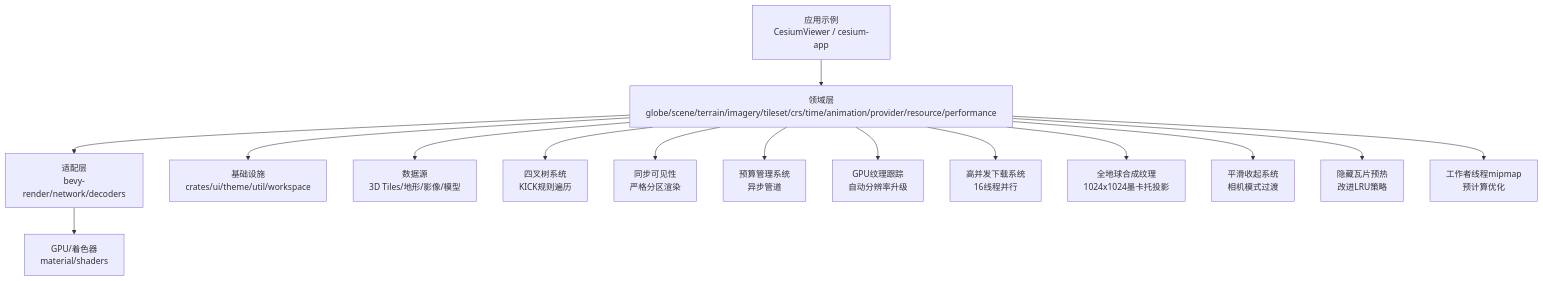
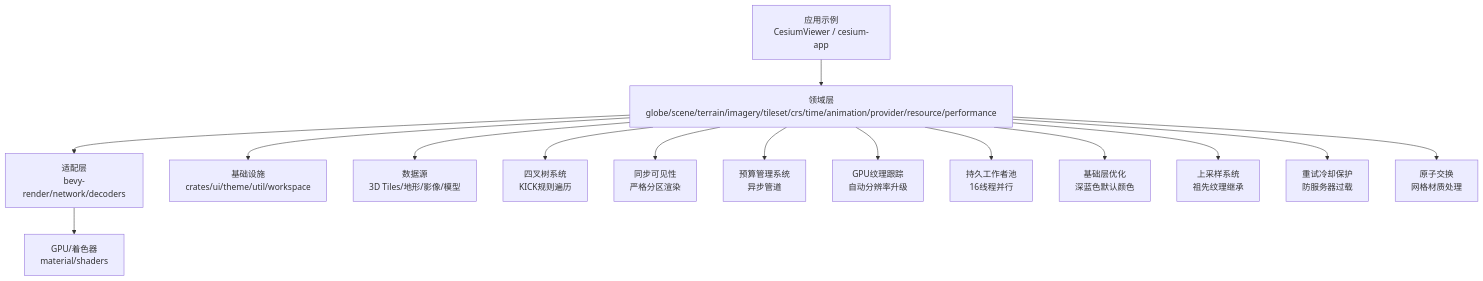
One commit to rzhangjing/cesium changed the second of 22 diagrams in .qoder/repowiki/zh/content/核心概念/渲染管线与场景图/动态地球渲染系统.md. Above: the diagram before and after it, drawn with Mermaid. The commit also changed other lines of this file and 3 other files, not shown here.

````diff
--- a/.qoder/repowiki/zh/content/核心概念/渲染管线与场景图/动态地球渲染系统.md
+++ b/.qoder/repowiki/zh/content/核心概念/渲染管线与场景图/动态地球渲染系统.md
@@ -156,32 +159,32 @@
 ```mermaid
 graph TB
 App["应用示例<br/>CesiumViewer / cesium-app"]
 Domain["领域层<br/>globe/scene/terrain/imagery/tileset/crs/time/animation/provider/resource/performance"]
 Adapter["适配层<br/>bevy-render/network/decoders"]
 Infra["基础设施<br/>crates/ui/theme/util/workspace"]
 Data["数据源<br/>3D Tiles/地形/影像/模型"]
 GPU["GPU/着色器<br/>material/shaders"]
 Quadtree["四叉树系统<br/>KICK规则遍历"]
 SyncVis["同步可见性<br/>严格分区渲染"]
 Budget["预算管理系统<br/>异步管道"]
 TextureTrack["GPU纹理跟踪<br/>自动分辨率升级"]
-DownloadSys["高并发下载系统<br/>16线程并行"]
-BaseLayer["全地球合成纹理<br/>1024x1024墨卡托投影"]
-SmoothTransition["平滑收起系统<br/>相机模式过渡"]
-HiddenWarm["隐藏瓦片预热<br/>改进LRU策略"]
-MipChain["工作者线程mipmap<br/>预计算优化"]
+DownloadSys["持久工作者池<br/>16线程并行"]
+BaseLayer["基础层优化<br/>深蓝色默认颜色"]
+UpsampleSys["上采样系统<br/>祖先纹理继承"]
+RetryCool["重试冷却保护<br/>防服务器过载"]
+AtomicSwap["原子交换<br/>网格材质处理"]
 App --> Domain
 Domain --> Adapter
 Adapter --> GPU
 Domain --> Data
 Domain --> Infra
 Domain --> Quadtree
 Domain --> SyncVis
 Domain --> Budget
 Domain --> TextureTrack
 Domain --> DownloadSys
 Domain --> BaseLayer
-Domain --> SmoothTransition
-Domain --> HiddenWarm
-Domain --> MipChain
+Domain --> UpsampleSys
+Domain --> RetryCool
+Domain --> AtomicSwap
 ```
````
